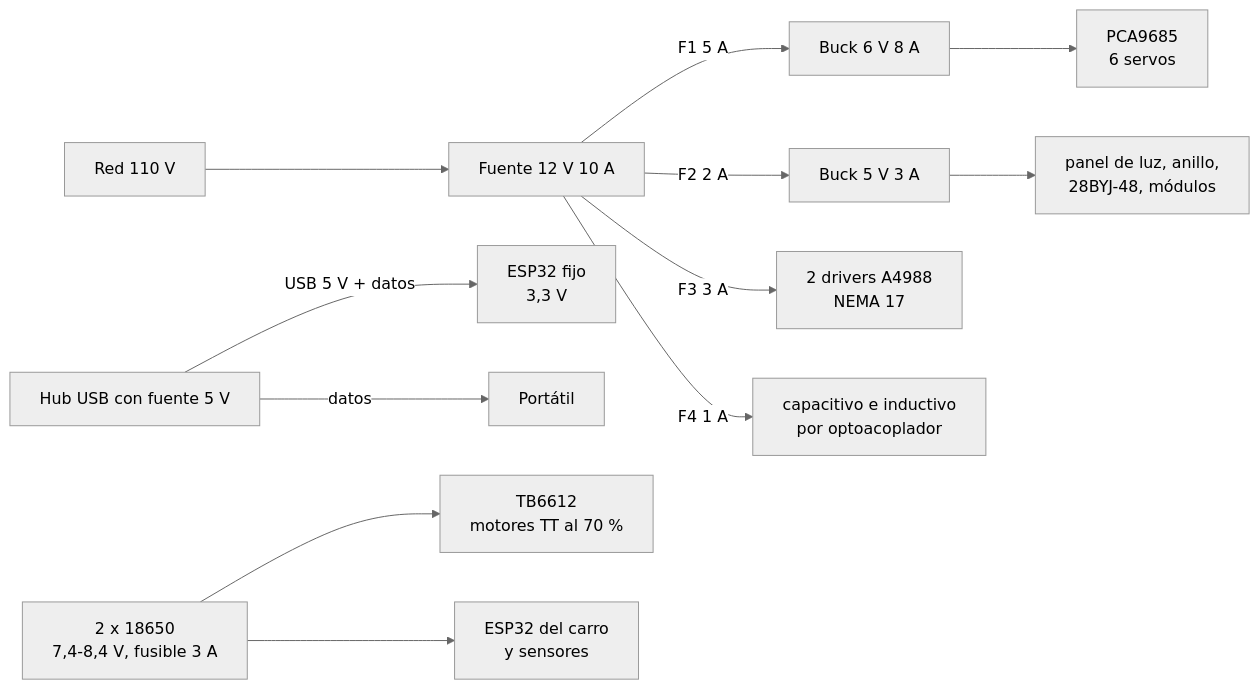
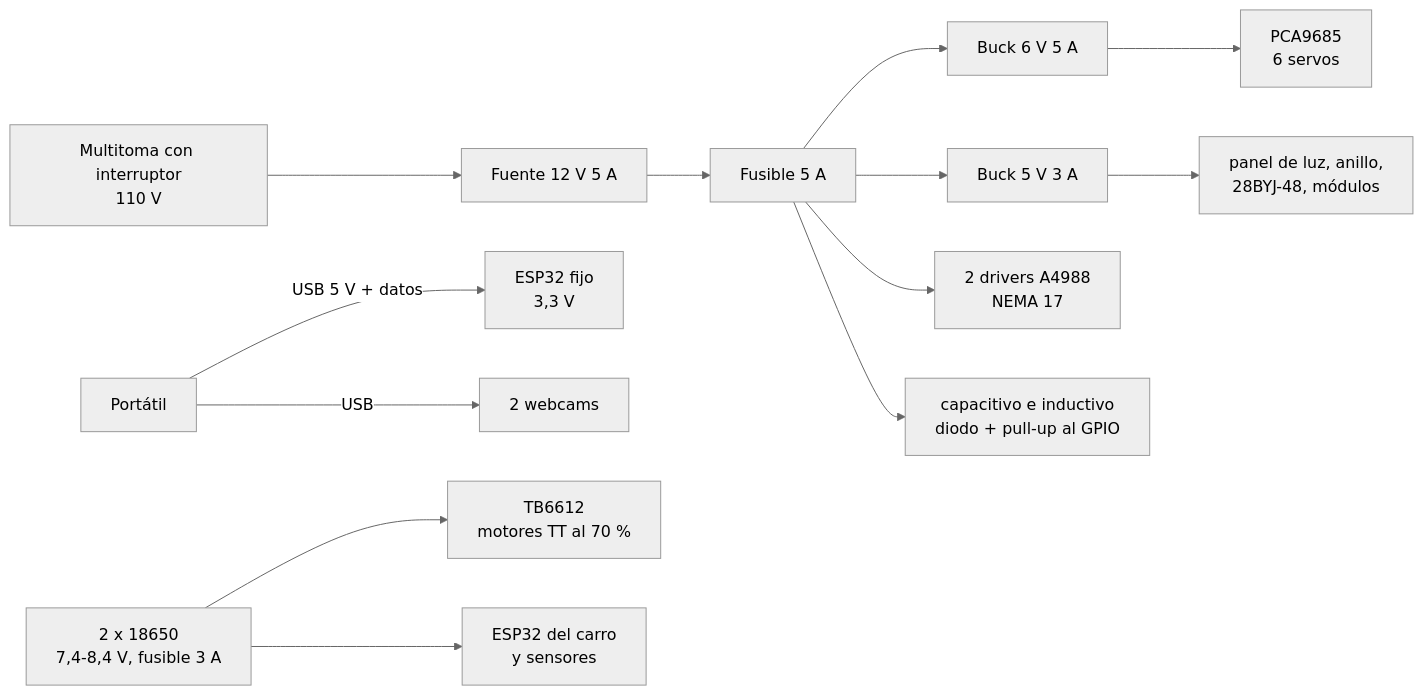
The third of 5 diagrams in proyecto-final/README.md (Dathinel/Sensores-Teoria), drawn with Mermaid (neutral theme) before and after one commit. The commit also changed other lines of this file and 409 other files, not shown here.

````diff
--- a/proyecto-final/README.md
+++ b/proyecto-final/README.md
@@ -667,12 +673,12 @@
 ```mermaid
 flowchart LR
-    RED["Red 110 V"] --> F["Fuente 12 V 10 A"]
-    F -->|"F1 5 A"| B6["Buck 6 V 8 A"] --> PCA["PCA9685<br/>6 servos"]
-    F -->|"F2 2 A"| B5["Buck 5 V 3 A"] --> C5["panel de luz, anillo,<br/>28BYJ-48, módulos"]
-    F -->|"F3 3 A"| DRV["2 drivers A4988<br/>NEMA 17"]
-    F -->|"F4 1 A"| S12["capacitivo e inductivo<br/>por optoacoplador"]
-    HUB["Hub USB con fuente 5 V"] -->|"USB 5 V + datos"| E["ESP32 fijo<br/>3,3 V"]
-    HUB -->|"datos"| PC["Portátil"]
+    RED["Multitoma con interruptor<br/>110 V"] --> F["Fuente 12 V 5 A"] --> FUS["Fusible 5 A"]
+    FUS --> B6["Buck 6 V 5 A"] --> PCA["PCA9685<br/>6 servos"]
+    FUS --> B5["Buck 5 V 3 A"] --> C5["panel de luz, anillo,<br/>28BYJ-48, módulos"]
+    FUS --> DRV["2 drivers A4988<br/>NEMA 17"]
+    FUS --> S12["capacitivo e inductivo<br/>diodo + pull-up al GPIO"]
+    PC["Portátil"] -->|"USB 5 V + datos"| E["ESP32 fijo<br/>3,3 V"]
+    PC -->|"USB"| CAM["2 webcams"]
     BAT["2 x 18650<br/>7,4-8,4 V, fusible 3 A"] --> TB["TB6612<br/>motores TT al 70 %"]
     BAT --> EC["ESP32 del carro<br/>y sensores"]
 ```
````
